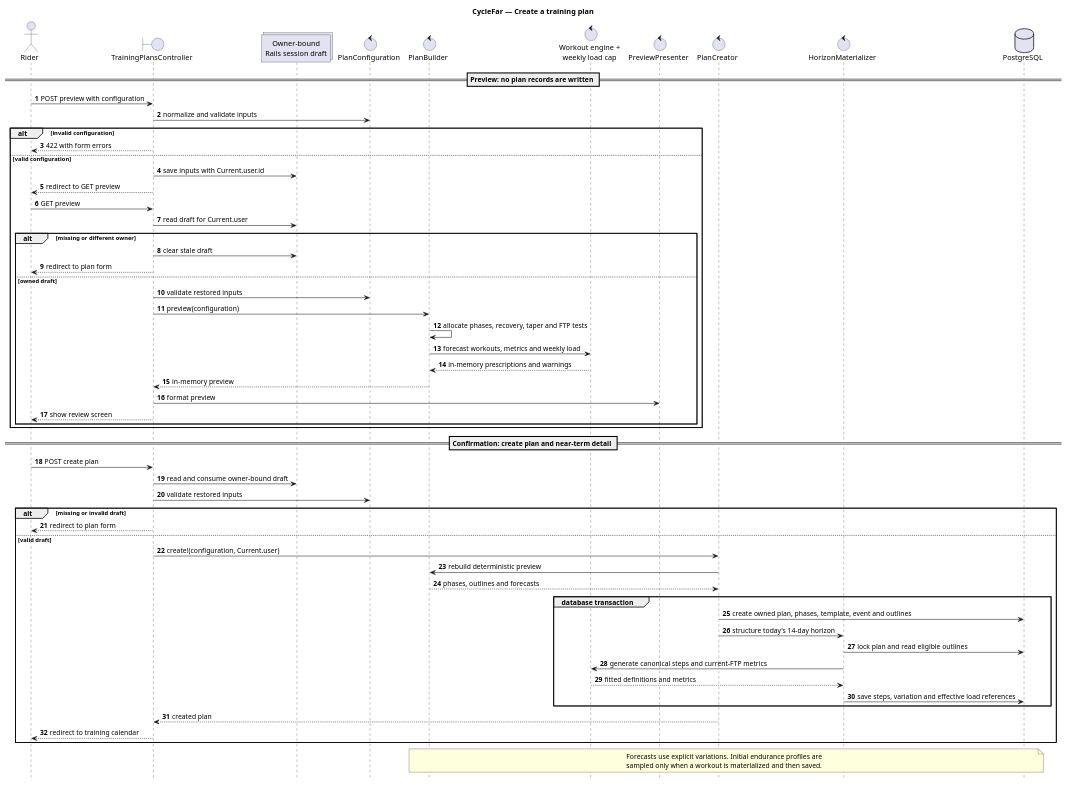
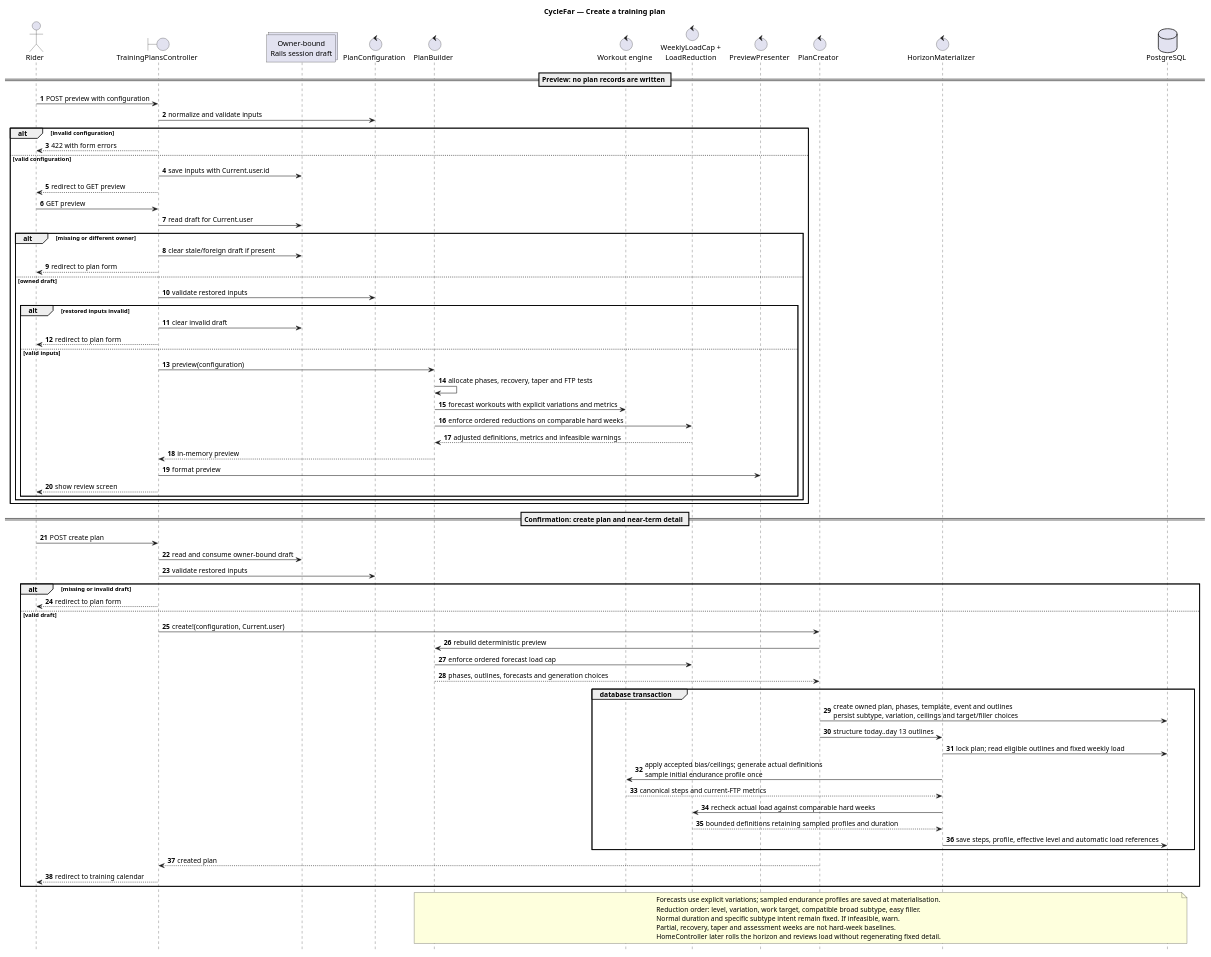
One commit to richardhartme/cyclefar changed the diagram in docs/diagrams/sequence-cyclefar-plan-creation.puml. Above: the diagram before and after it, drawn with PlantUML. The commit also changed 20 other files, not shown here.

Commit message:
Update architecture diagrams and add PNG exports

```diff
--- a/docs/diagrams/sequence-cyclefar-plan-creation.puml
+++ b/docs/diagrams/sequence-cyclefar-plan-creation.puml
@@ -1,69 +1,82 @@
-@startuml CycleFar Plan Creation Sequence
+@startuml
 title CycleFar — Create a training plan
 
 autonumber
 hide footbox
 
 actor Rider
 boundary "TrainingPlansController" as Controller
 collections "Owner-bound\nRails session draft" as Draft
 control "PlanConfiguration" as Configuration
 control "PlanBuilder" as Builder
-control "Workout engine +\nweekly load cap" as Engine
+control "Workout engine" as Engine
+control "WeeklyLoadCap +\nLoadReduction" as LoadRules
 control "PreviewPresenter" as Presenter
 control "PlanCreator" as Creator
 control "HorizonMaterializer" as Materializer
 database "PostgreSQL" as Database
 
 == Preview: no plan records are written ==
 Rider -> Controller: POST preview with configuration
 Controller -> Configuration: normalize and validate inputs
 alt invalid configuration
   Controller --> Rider: 422 with form errors
 else valid configuration
   Controller -> Draft: save inputs with Current.user.id
   Controller --> Rider: redirect to GET preview
   Rider -> Controller: GET preview
   Controller -> Draft: read draft for Current.user
   alt missing or different owner
-    Controller -> Draft: clear stale draft
+    Controller -> Draft: clear stale/foreign draft if present
     Controller --> Rider: redirect to plan form
   else owned draft
     Controller -> Configuration: validate restored inputs
-    Controller -> Builder: preview(configuration)
-    Builder -> Builder: allocate phases, recovery, taper and FTP tests
-    Builder -> Engine: forecast workouts, metrics and weekly load
-    Engine --> Builder: in-memory prescriptions and warnings
-    Builder --> Controller: in-memory preview
-    Controller -> Presenter: format preview
-    Controller --> Rider: show review screen
+    alt restored inputs invalid
+      Controller -> Draft: clear invalid draft
+      Controller --> Rider: redirect to plan form
+    else valid inputs
+      Controller -> Builder: preview(configuration)
+      Builder -> Builder: allocate phases, recovery, taper and FTP tests
+      Builder -> Engine: forecast workouts with explicit variations and metrics
+      Builder -> LoadRules: enforce ordered reductions on comparable hard weeks
+      LoadRules --> Builder: adjusted definitions, metrics and infeasible warnings
+      Builder --> Controller: in-memory preview
+      Controller -> Presenter: format preview
+      Controller --> Rider: show review screen
+    end
   end
 end
 
 == Confirmation: create plan and near-term detail ==
 Rider -> Controller: POST create plan
 Controller -> Draft: read and consume owner-bound draft
 Controller -> Configuration: validate restored inputs
 alt missing or invalid draft
   Controller --> Rider: redirect to plan form
 else valid draft
   Controller -> Creator: create!(configuration, Current.user)
   Creator -> Builder: rebuild deterministic preview
-  Builder --> Creator: phases, outlines and forecasts
+  Builder -> LoadRules: enforce ordered forecast load cap
+  Builder --> Creator: phases, outlines, forecasts and generation choices
   group database transaction
-    Creator -> Database: create owned plan, phases, template, event and outlines
-    Creator -> Materializer: structure today's 14-day horizon
-    Materializer -> Database: lock plan and read eligible outlines
-    Materializer -> Engine: generate canonical steps and current-FTP metrics
-    Engine --> Materializer: fitted definitions and metrics
-    Materializer -> Database: save steps, variation and effective load references
+    Creator -> Database: create owned plan, phases, template, event and outlines\npersist subtype, variation, ceilings and target/filler choices
+    Creator -> Materializer: structure today..day 13 outlines
+    Materializer -> Database: lock plan; read eligible outlines and fixed weekly load
+    Materializer -> Engine: apply accepted bias/ceilings; generate actual definitions\nsample initial endurance profile once
+    Engine --> Materializer: canonical steps and current-FTP metrics
+    Materializer -> LoadRules: recheck actual load against comparable hard weeks
+    LoadRules --> Materializer: bounded definitions retaining sampled profiles and duration
+    Materializer -> Database: save steps, profile, effective level and automatic load references
   end
   Creator --> Controller: created plan
   Controller --> Rider: redirect to training calendar
 end
 
 note over Builder, Database
-  Forecasts use explicit variations. Initial endurance profiles are
-  sampled only when a workout is materialized and then saved.
+  Forecasts use explicit variations; sampled endurance profiles are saved at materialisation.
+  Reduction order: level, variation, work target, compatible broad subtype, easy filler.
+  Normal duration and specific subtype intent remain fixed. If infeasible, warn.
+  Partial, recovery, taper and assessment weeks are not hard-week baselines.
+  HomeController later rolls the horizon and reviews load without regenerating fixed detail.
 end note
 @enduml
```
